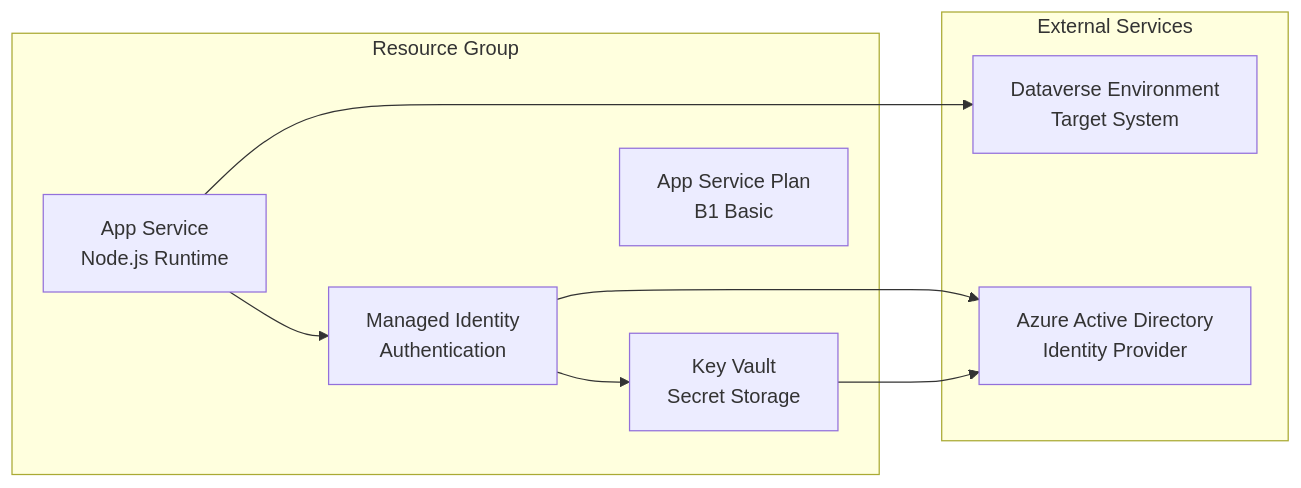
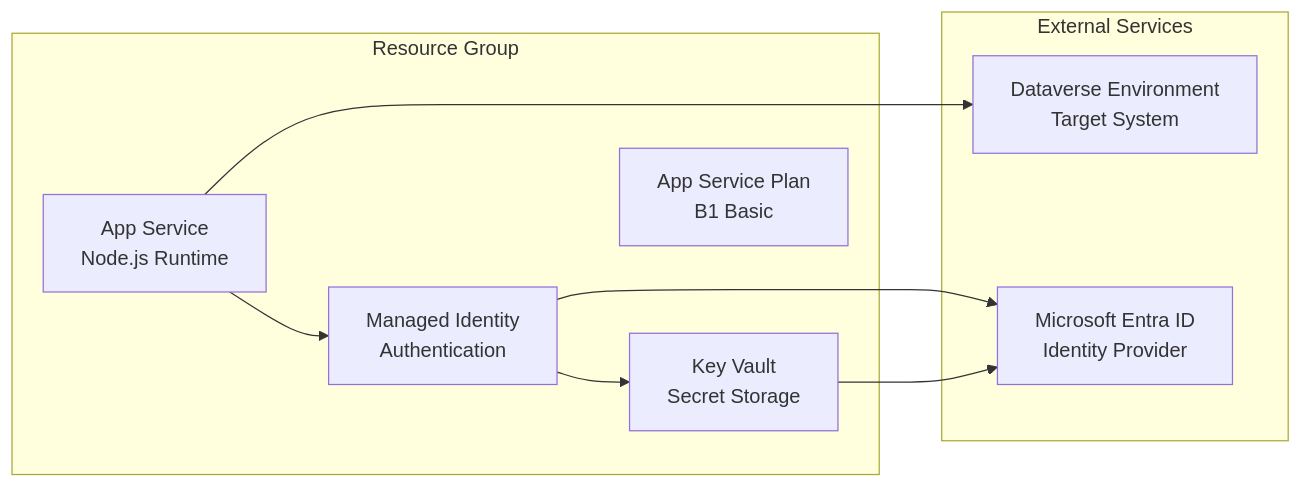
Before and after one commit to LuiseFreese/mermaid: the fourth of 4 diagrams in docs/ARCHITECTURE.md, drawn with Mermaid. The commit also changed other lines of this file and 6 other files, not shown here.

````diff
--- a/docs/ARCHITECTURE.md
+++ b/docs/ARCHITECTURE.md
@@ -269,20 +251,20 @@
 ```mermaid
 graph LR
     subgraph "Resource Group"
         AS[App Service<br/>Node.js Runtime]
         KV[Key Vault<br/>Secret Storage]
         MI[Managed Identity<br/>Authentication]
         ASP[App Service Plan<br/>B1 Basic]
     end
     
     subgraph "External Services"
         DV[Dataverse Environment<br/>Target System]
-        AAD[Azure Active Directory<br/>Identity Provider]
+        ENTRA[Microsoft Entra ID<br/>Identity Provider]
     end
     
     AS --> MI
     MI --> KV
-    MI --> AAD
+    MI --> ENTRA
     AS --> DV
-    KV --> AAD
+    KV --> ENTRA
 ```
````
